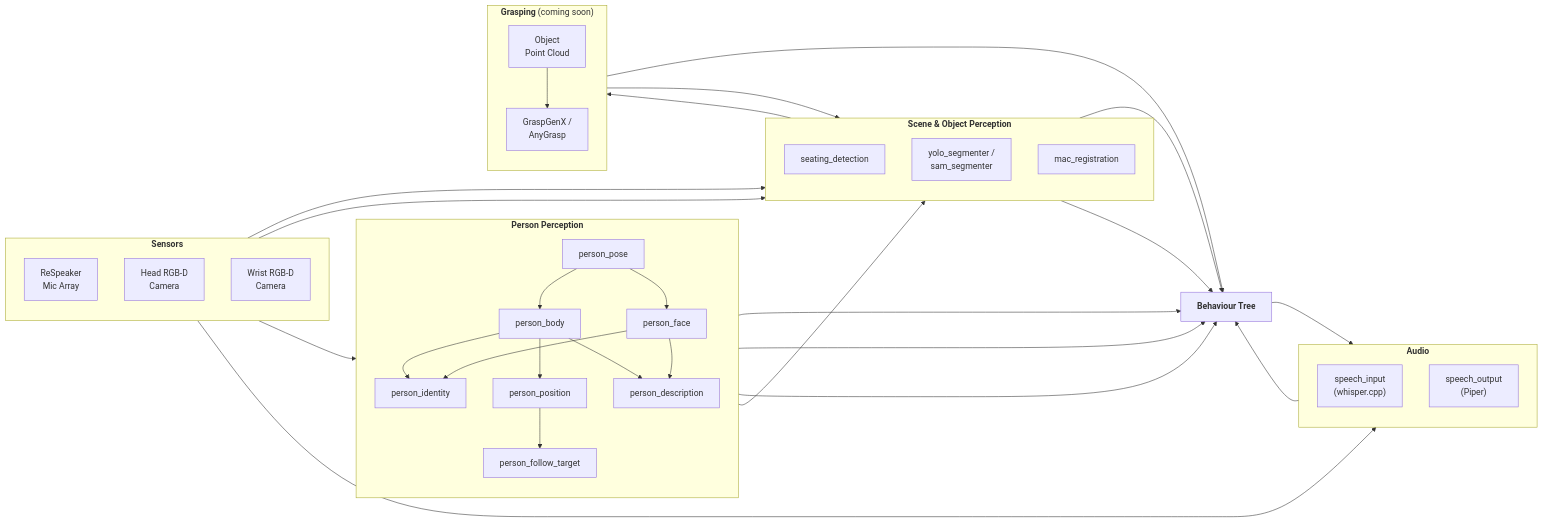
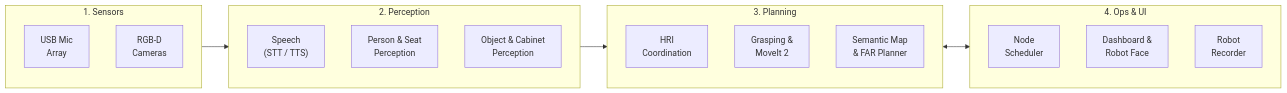
The diagram in docs/stack.md (Team-Robo/robocuphome_release), drawn with Mermaid before and after one commit. The commit also changed other lines of this file and 14 other files, not shown here.

Commit message:
Update Robo@EEE Software Release portal with 27 public repos, architecture guides, and aligned theme

````diff
--- a/docs/stack.md
+++ b/docs/stack.md
@@ -13,57 +5,31 @@
 ```mermaid
-%%{init: {"themeVariables": {"fontSize": "16px"}}}%%
 flowchart LR
-  subgraph SENSORS["<b>Sensors</b>"]
-    direction TB
-    MIC["ReSpeaker<br/>Mic Array"]
-    HEAD["Head RGB-D<br/>Camera"]
-    WRIST["Wrist RGB-D<br/>Camera"]
-  end
+    subgraph S["1. Sensors"]
+        direction TB
+        Mic["USB Mic<br/>Array"]
+        Cam["RGB-D<br/>Cameras"]
+    end
 
-  subgraph AUDIO["<b>Audio</b>"]
-    direction TB
-    STT["speech_input<br/>(whisper.cpp)"]
-    TTS["speech_output<br/>(Piper)"]
-  end
+    subgraph P["2. Perception"]
+        direction TB
+        Aud["Speech<br/>(STT / TTS)"]
+        Per["Person & Seat<br/>Perception"]
+        Obj["Object & Cabinet<br/>Perception"]
+    end
 
-  subgraph PEOPLE["<b>Person Perception</b>"]
-    direction TB
-    POSE["person_pose"] --> BODY["person_body"]
-    POSE --> FACE["person_face"]
-    BODY --> IDENTITY["person_identity"]
-    FACE --> IDENTITY
-    BODY --> POSITION["person_position"]
-    POSITION --> FOLLOW["person_follow_target"]
-    BODY --> DESC["person_description"]
-    FACE --> DESC
-  end
+    subgraph E["3. Planning"]
+        direction TB
+        HRI["HRI<br/>Coordination"]
+        Grp["Grasping &<br/>MoveIt 2"]
+        Nav["Semantic Map<br/>& FAR Planner"]
+    end
 
-  subgraph SCENE["<b>Scene &amp; Object Perception</b>"]
-    direction TB
-    SEATS["seating_detection"]
-    SEG["yolo_segmenter /<br/>sam_segmenter"]
-    MAC["mac_registration"]
-  end
+    subgraph T["4. Ops & UI"]
+        direction TB
+        Sch["Node<br/>Scheduler"]
+        UI["Dashboard &<br/>Robot Face"]
+        Rec["Robot<br/>Recorder"]
+    end
 
-  subgraph MANIP["<b>Grasping</b> (coming soon)"]
-    direction TB
-    CLOUD["Object<br/>Point Cloud"] --> GRASP["GraspGenX /<br/>AnyGrasp"]
-  end
-
-  BT["<b>Behaviour Tree</b>"]
-
-  MIC --> STT --> BT
-  BT --> TTS
-  HEAD --> POSE
-  HEAD --> SEATS
-  POSE --> SEATS
-  WRIST --> SEG --> CLOUD
-  CLOUD --> MAC
-
-  IDENTITY --> BT
-  DESC --> BT
-  FOLLOW --> BT
-  SEATS --> BT
-  MAC --> BT
-  GRASP --> BT
+    S --> P --> E <--> T
 ```
````
